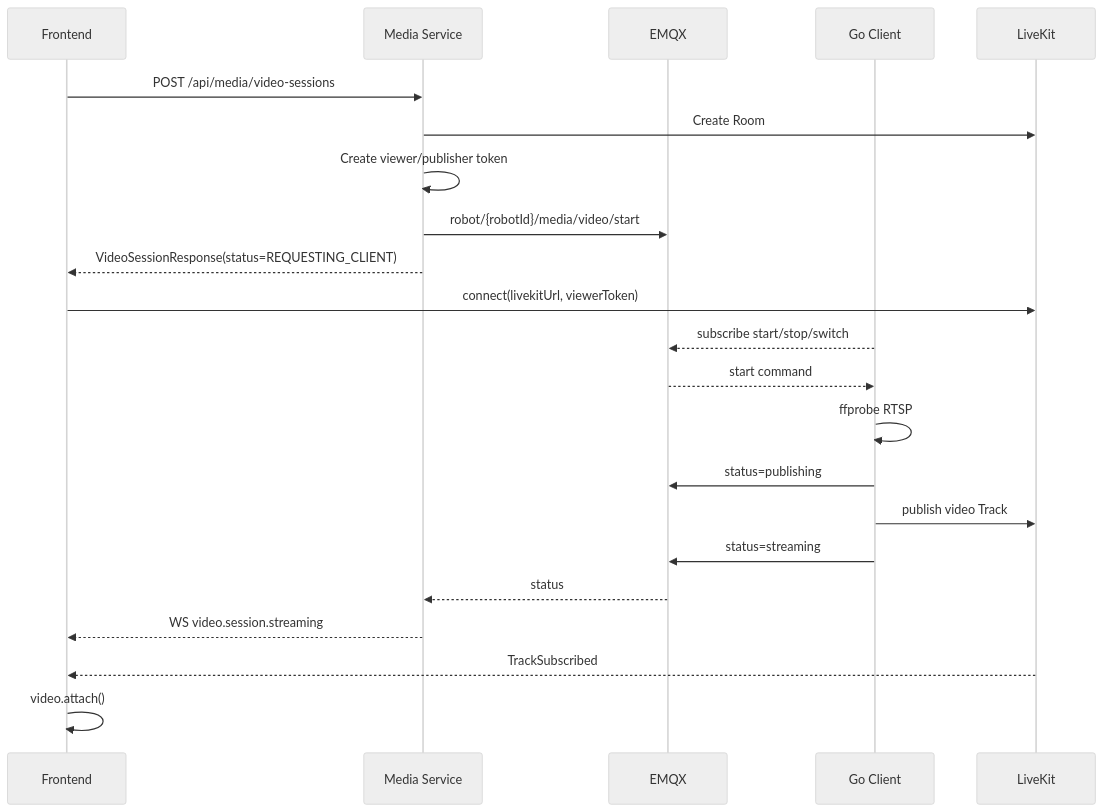
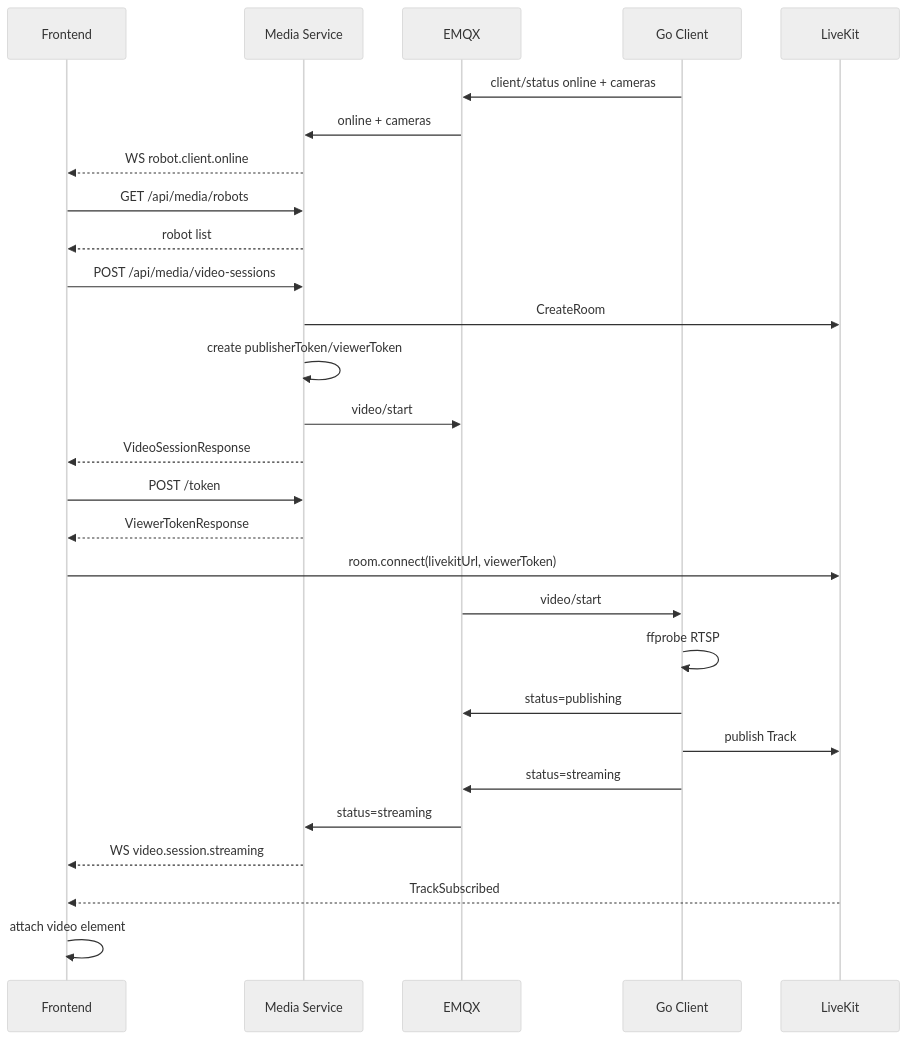
One commit to waleelay/robot changed the diagram in docs/realtime-video-interface-flow.md. Above: the diagram before and after it, drawn with Mermaid (neutral theme). The commit also changed other lines of this file and 24 other files, not shown here.

````diff
--- a/docs/realtime-video-interface-flow.md
+++ b/docs/realtime-video-interface-flow.md
@@ -743,25 +1070,34 @@
 ```mermaid
 sequenceDiagram
     participant FE as Frontend
     participant BE as Media Service
     participant MQ as EMQX
     participant GO as Go Client
     participant LK as LiveKit
 
+    GO->>MQ: client/status online + cameras
+    MQ->>BE: online + cameras
+    BE-->>FE: WS robot.client.online
+    FE->>BE: GET /api/media/robots
+    BE-->>FE: robot list
+
     FE->>BE: POST /api/media/video-sessions
-    BE->>LK: Create Room
-    BE->>BE: Create viewer/publisher token
-    BE->>MQ: robot/{robotId}/media/video/start
-    BE-->>FE: VideoSessionResponse(status=REQUESTING_CLIENT)
-    FE->>LK: connect(livekitUrl, viewerToken)
-    GO-->>MQ: subscribe start/stop/switch
-    MQ-->>GO: start command
+    BE->>LK: CreateRoom
+    BE->>BE: create publisherToken/viewerToken
+    BE->>MQ: video/start
+    BE-->>FE: VideoSessionResponse
+
+    FE->>BE: POST /token
+    BE-->>FE: ViewerTokenResponse
+    FE->>LK: room.connect(livekitUrl, viewerToken)
+
+    MQ->>GO: video/start
     GO->>GO: ffprobe RTSP
     GO->>MQ: status=publishing
-    GO->>LK: publish video Track
+    GO->>LK: publish Track
     GO->>MQ: status=streaming
-    MQ-->>BE: status
+    MQ->>BE: status=streaming
     BE-->>FE: WS video.session.streaming
     LK-->>FE: TrackSubscribed
-    FE->>FE: video.attach()
+    FE->>FE: attach video element
 ```
````
